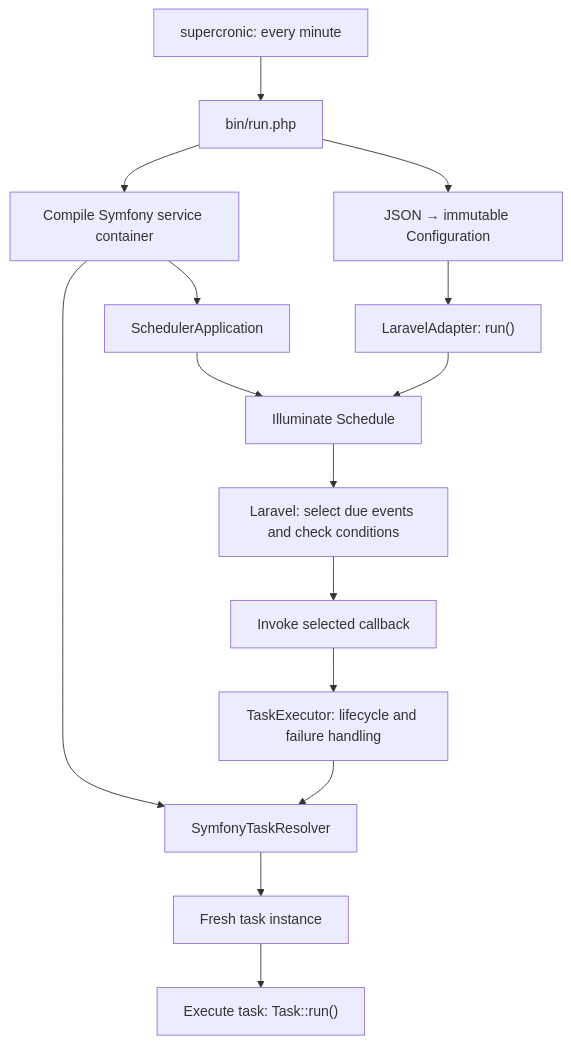
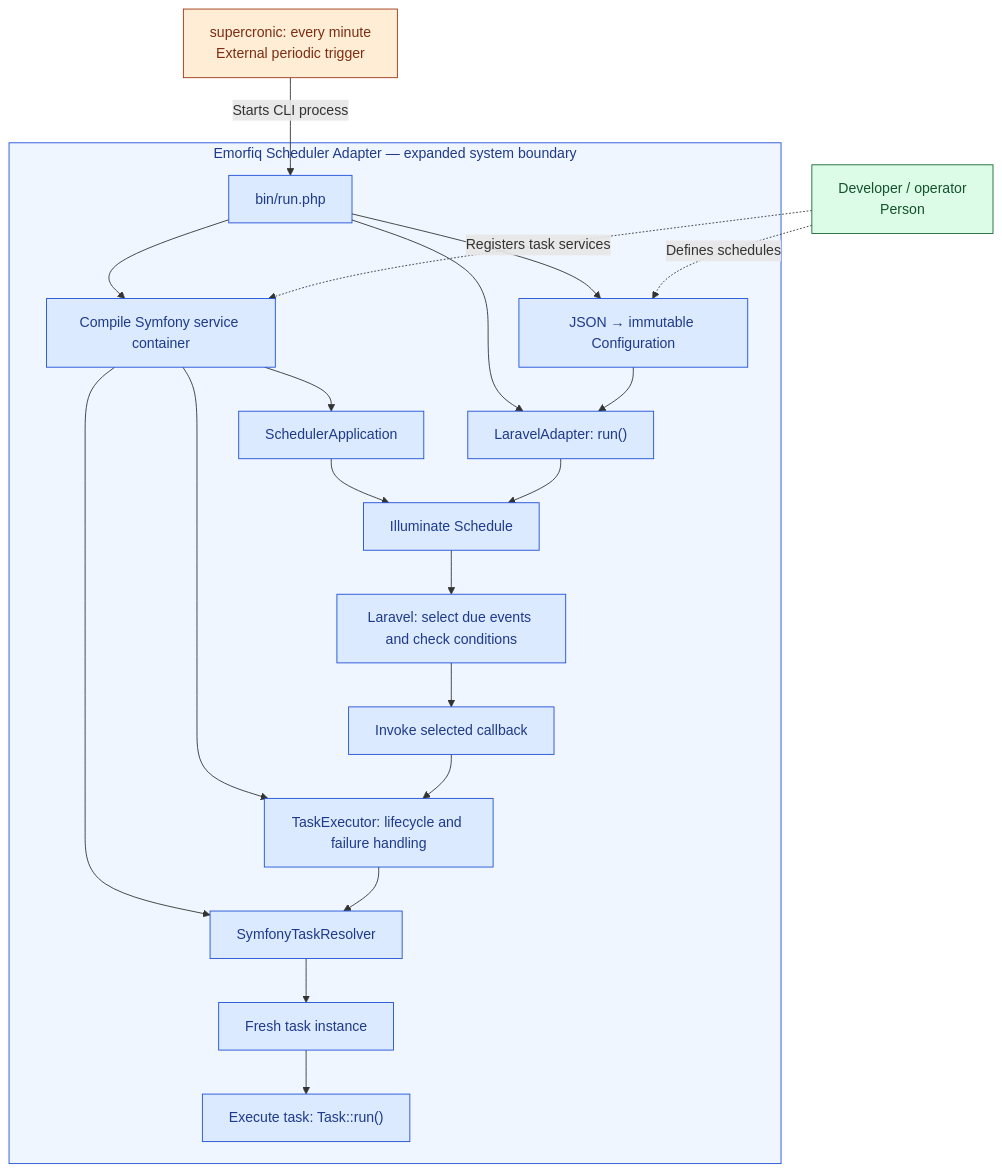
One commit to pupitooo/emorfiq-adapter changed the second of 2 diagrams in docs/architecture.md. Above: the diagram before and after it, drawn with Mermaid. The commit also changed other lines of this file and 19 other files, not shown here.

Commit message:
docs: clarify adapter flow, task guides, and execution coordination (#13)

````diff
--- a/docs/architecture.md
+++ b/docs/architecture.md
@@ -9,17 +45,48 @@
 ```mermaid
 flowchart TD
-    Cron["supercronic: every minute"] --> CLI["bin/run.php"]
-    CLI --> Config["JSON → immutable Configuration"]
-    CLI --> Container["Compile Symfony service container"]
-    Config --> Adapter["LaravelAdapter: run()"]
-    Container --> Resolver["SymfonyTaskResolver"]
-    Container --> Context["SchedulerApplication"]
-    Context --> Schedule["Illuminate Schedule"]
-    Adapter --> Schedule
-    Schedule --> Due["Laravel: select due events and check conditions"]
-    Due --> Callback["Invoke selected callback"]
-    Callback --> Executor["TaskExecutor: lifecycle and failure handling"]
-    Executor --> Resolver
-    Resolver --> Task["Fresh task instance"]
-    Task --> Execution["Execute task: Task::run()"]
+    Operator["Developer / operator<br/>Person"]
+    Cron["supercronic: every minute<br/>External periodic trigger"]
+
+    subgraph System["Emorfiq Scheduler Adapter — expanded system boundary"]
+        CLI["bin/run.php"]
+        Config["JSON → immutable Configuration"]
+        Container["Compile Symfony service container"]
+        Adapter["LaravelAdapter: run()"]
+        Resolver["SymfonyTaskResolver"]
+        Context["SchedulerApplication"]
+        Schedule["Illuminate Schedule"]
+        Due["Laravel: select due events and check conditions"]
+        Callback["Invoke selected callback"]
+        Executor["TaskExecutor: lifecycle and failure handling"]
+        Task["Fresh task instance"]
+        Execution["Execute task: Task::run()"]
+
+        CLI --> Config
+        CLI --> Container
+        CLI --> Adapter
+        Config --> Adapter
+        Container --> Resolver
+        Container --> Context
+        Container --> Executor
+        Context --> Schedule
+        Adapter --> Schedule
+        Schedule --> Due
+        Due --> Callback
+        Callback --> Executor
+        Executor --> Resolver
+        Resolver --> Task
+        Task --> Execution
+    end
+
+    Cron -->|Starts CLI process| CLI
+    Operator -.->|Defines schedules| Config
+    Operator -.->|Registers task services| Container
+
+    classDef person fill:#dcfce7,stroke:#166534,color:#14532d
+    classDef external fill:#ffedd5,stroke:#9a3412,color:#7c2d12
+    classDef system fill:#dbeafe,stroke:#1d4ed8,color:#1e3a8a
+    class Operator person
+    class Cron external
+    class CLI,Config,Container,Adapter,Resolver,Context,Schedule,Due,Callback,Executor,Task,Execution system
+    style System fill:#eff6ff,stroke:#1d4ed8,color:#1e3a8a
 ```
````
